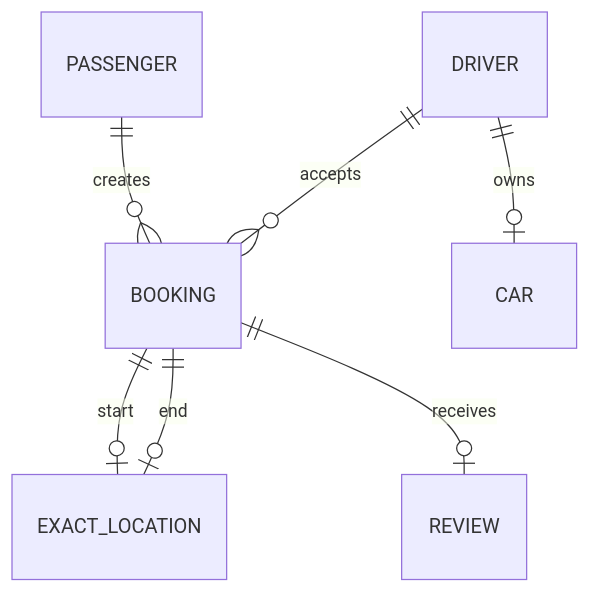
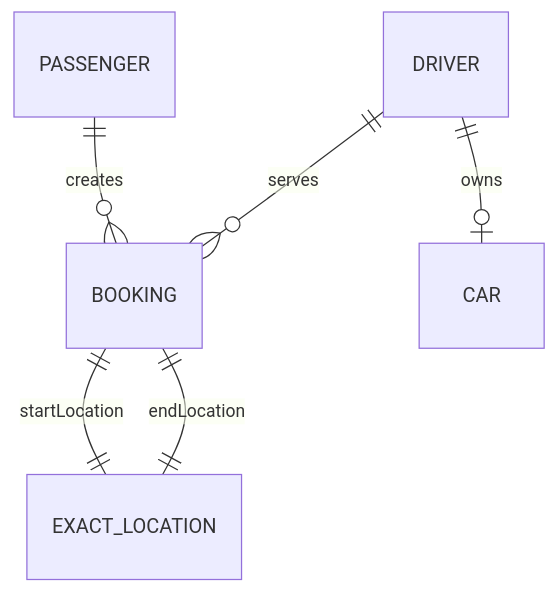
One commit to Abhilash-Panja/Rideflow-EntityService changed the diagram in README.md. Above: the diagram before and after it, drawn with Mermaid.

Commit message:
Update ER diagram relationships in README

````diff
--- a/README.md
+++ b/README.md
@@ -111,9 +111,8 @@
 ```mermaid
 erDiagram
     PASSENGER ||--o{ BOOKING : creates
-    DRIVER ||--o{ BOOKING : accepts
+    DRIVER ||--o{ BOOKING : serves
+    BOOKING ||--|| EXACT_LOCATION : startLocation
+    BOOKING ||--|| EXACT_LOCATION : endLocation
     DRIVER ||--o| CAR : owns
-    BOOKING ||--o| EXACT_LOCATION : start
-    BOOKING ||--o| EXACT_LOCATION : end
-    BOOKING ||--o| REVIEW : receives
 ```
````
